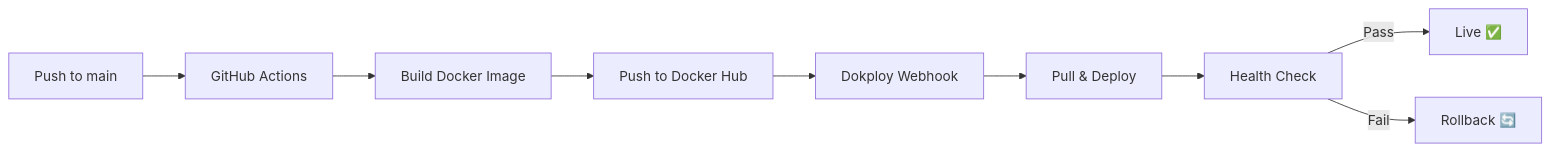
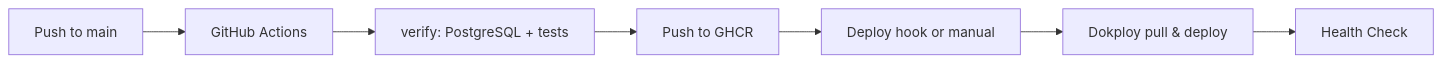
One commit to oricha/recicar changed the diagram in .github/README.md. Above: the diagram before and after it, drawn with Mermaid. The commit also changed other lines of this file and 20 other files, not shown here.

````diff
--- a/.github/README.md
+++ b/.github/README.md
@@ -49,11 +49,9 @@
 ```mermaid
 graph LR
     A[Push to main] --> B[GitHub Actions]
-    B --> C[Build Docker Image]
-    C --> D[Push to Docker Hub]
-    D --> E[Dokploy Webhook]
-    E --> F[Pull & Deploy]
+    B --> C[verify: PostgreSQL + tests]
+    C --> D[Push to GHCR]
+    D --> E[Deploy hook or manual]
+    E --> F[Dokploy pull & deploy]
     F --> G[Health Check]
-    G -->|Pass| H[Live ✅]
-    G -->|Fail| I[Rollback 🔄]
 ```
````
